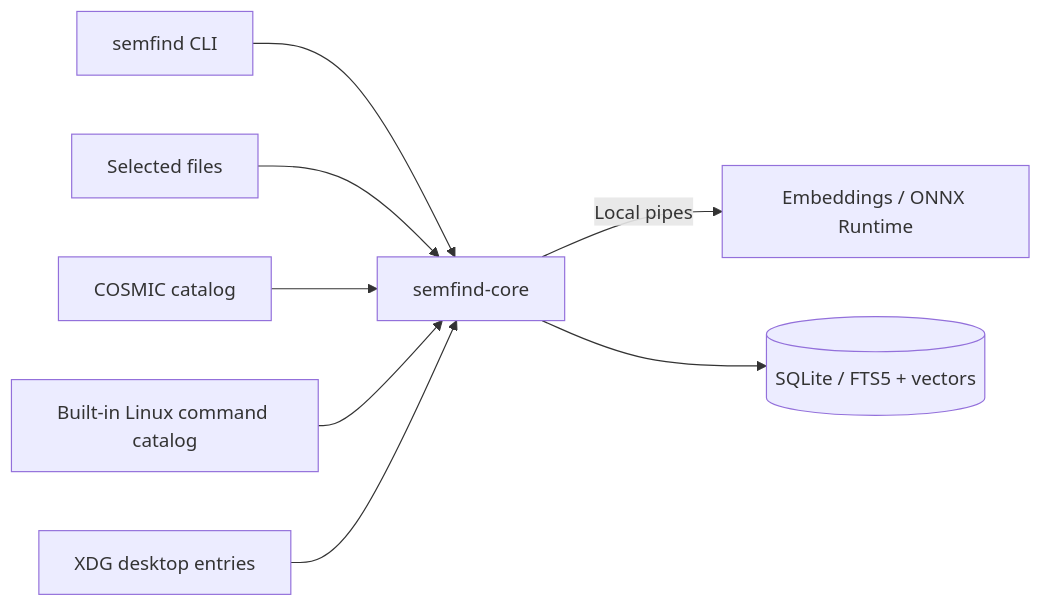
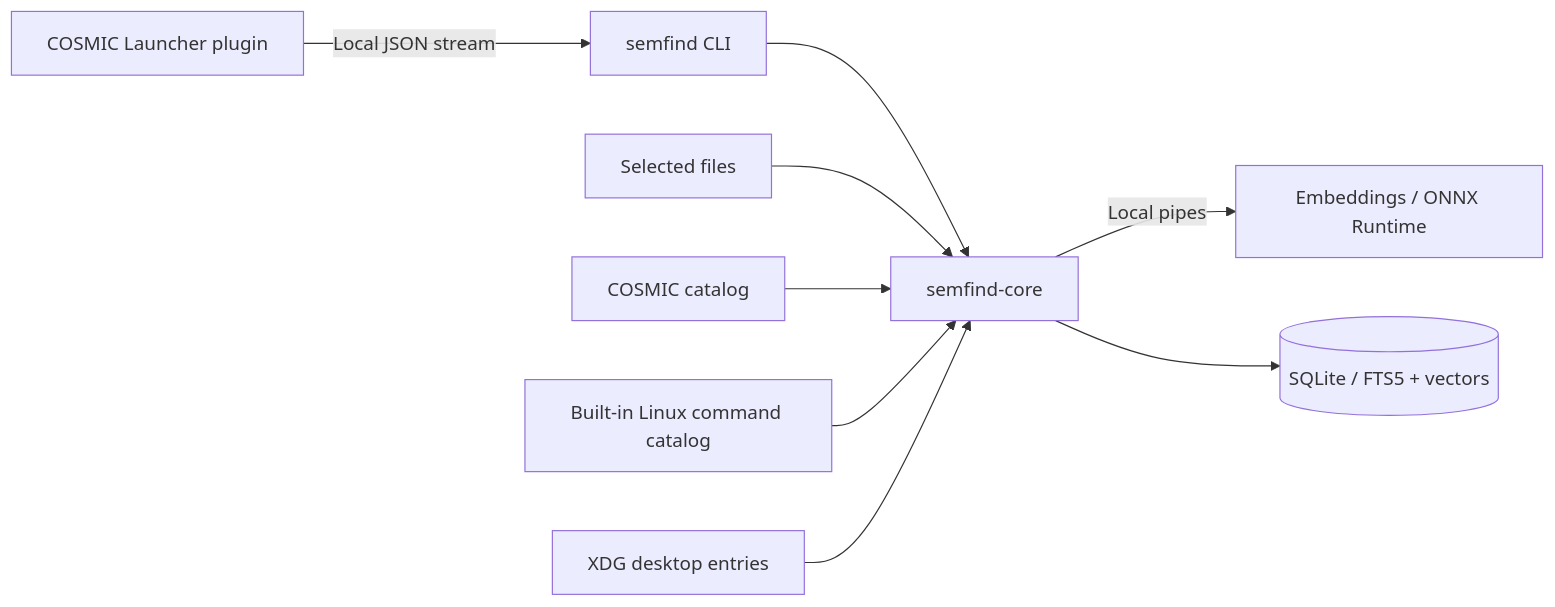
Before and after one commit to Engineer1080/semfind: the diagram in docs/architecture.md, drawn with Mermaid. The commit also changed 15 other files, not shown here.

Commit message:
Add COSMIC launcher integration in semfind 0.2.3

````diff
--- a/docs/architecture.md
+++ b/docs/architecture.md
@@ -3,10 +3,11 @@
 ```mermaid
 flowchart LR
+    Cosmic[COSMIC Launcher plugin] -->|Local JSON stream| CLI
     CLI[semfind CLI] --> Core[semfind-core]
     Files[Selected files] --> Core
     Catalog[COSMIC catalog] --> Core
     Commands[Built-in Linux command catalog] --> Core
     Apps[XDG desktop entries] --> Core
     Core -->|Local pipes| Worker[Embeddings / ONNX Runtime]
     Core --> DB[(SQLite / FTS5 + vectors)]
 ```
````
